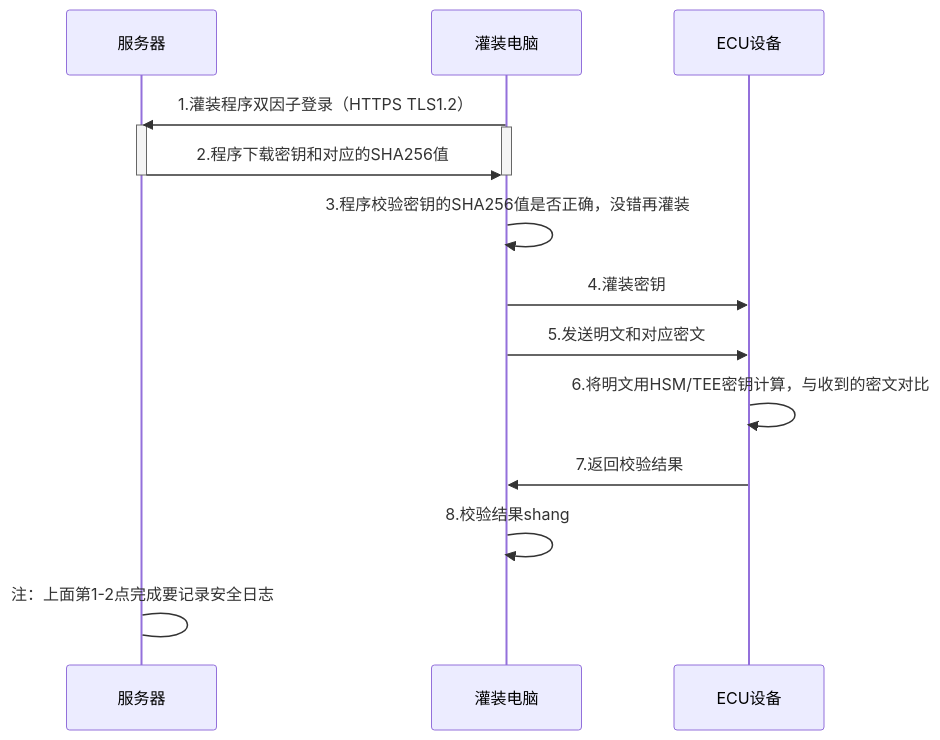
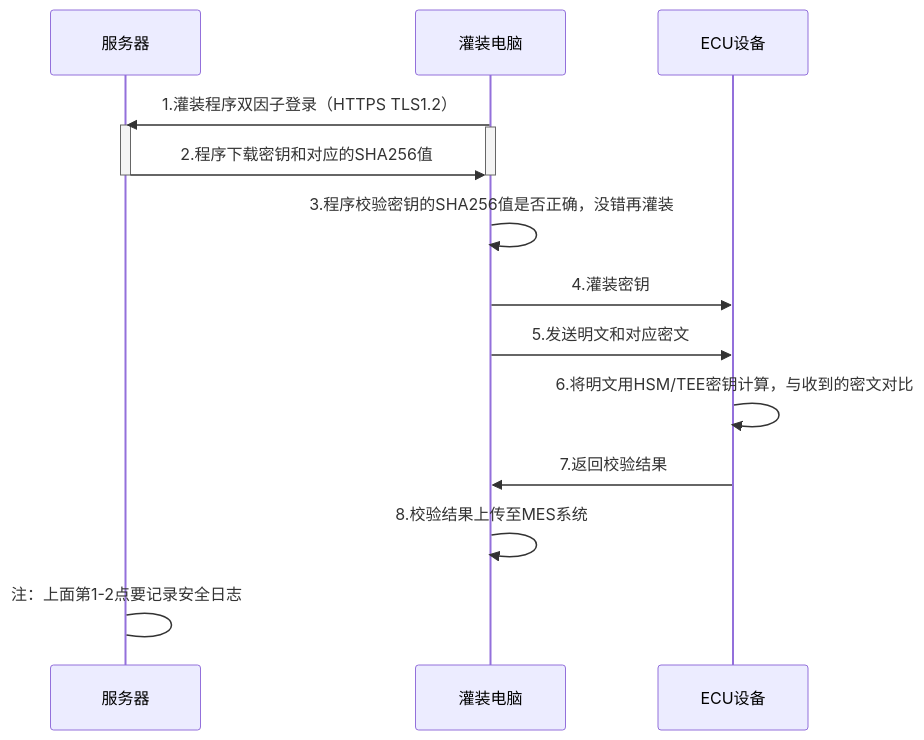
Before and after one commit to facebook-cloud/iodraw-files: the diagram in all/未命名-25.md, drawn with Mermaid.

Commit message:
2026-04-21 15:31:00 update

````diff
--- a/all/未命名-25.md
+++ b/all/未命名-25.md
@@ -1,25 +1,25 @@
 ```mermaid
 sequenceDiagram
   
     participant B as 服务器
     participant D as 灌装电脑
     participant E as ECU设备
 
     D->>B: 1.灌装程序双因子登录（HTTPS TLS1.2）
     activate B
     activate D
 
     B->>D: 2.程序下载密钥和对应的SHA256值 
 
     deactivate B
     deactivate D
     
     D->>D: 3.程序校验密钥的SHA256值是否正确，没错再灌装
     D->>E: 4.灌装密钥
     D->>E: 5.发送明文和对应密文
     E->>E: 6.将明文用HSM/TEE密钥计算，与收到的密文对比
     E->>D: 7.返回校验结果
-    D->>D: 8.校验结果shang
+    D->>D: 8.校验结果上传至MES系统
 
-    B->B: 注：上面第1-2点完成要记录安全日志
+    B->B: 注：上面第1-2点要记录安全日志
 ```
````
